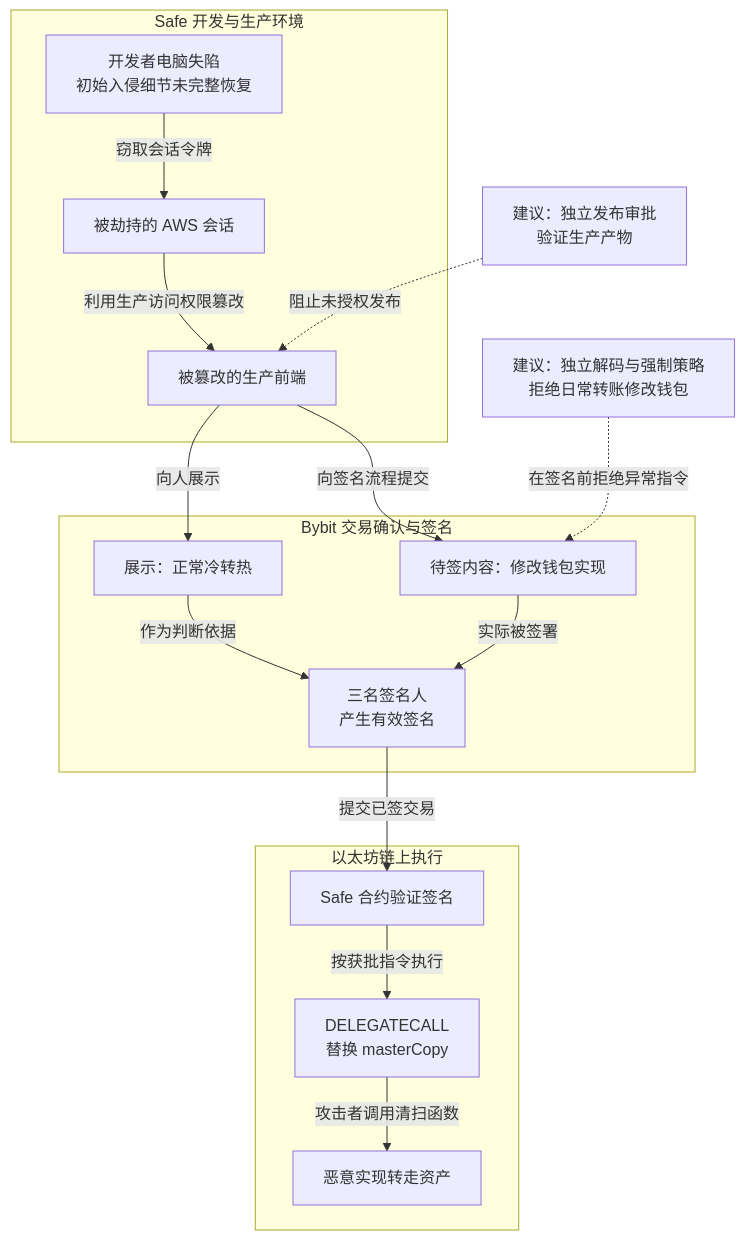
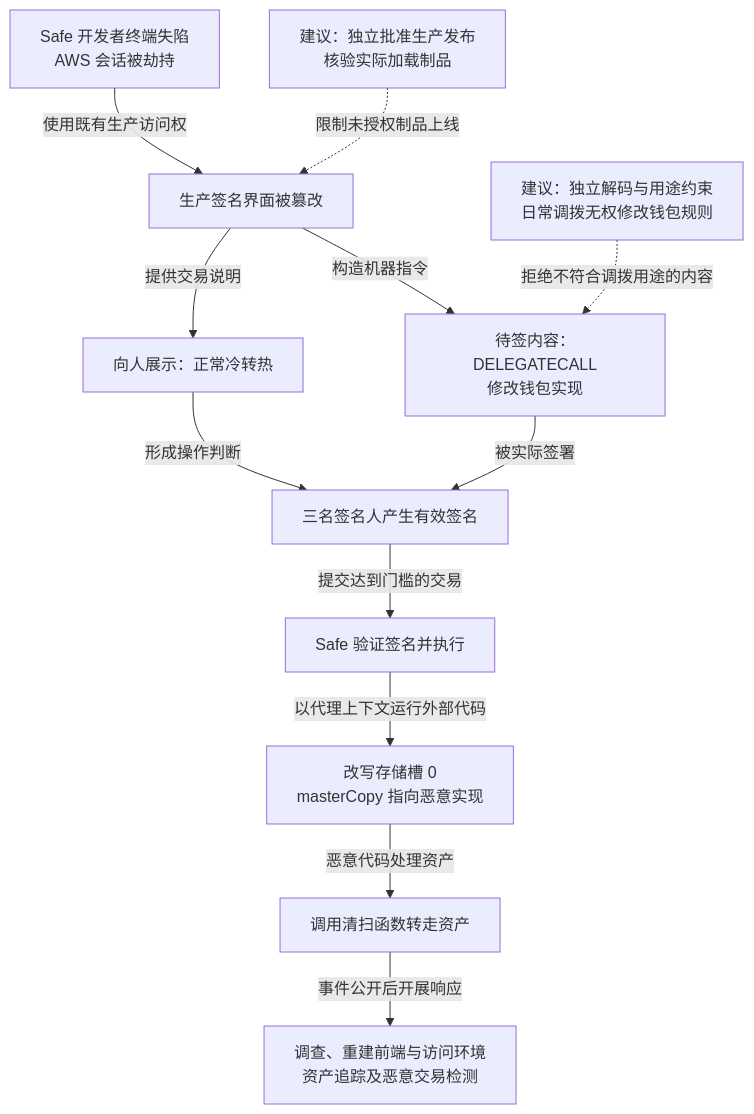
The diagram in docs/01-网络安全/01-网络空间安全/01-安全威胁/01-历史攻击事件/2025-Bybit冷钱包失窃安全事件分析.md (FeeiCN/FEEI.CN), drawn with Mermaid before and after one commit. The commit also changed other lines of this file and 21 other files, not shown here.

````diff
--- a/docs/01-网络安全/01-网络空间安全/01-安全威胁/01-历史攻击事件/2025-Bybit冷钱包失窃安全事件分析.md
+++ b/docs/01-网络安全/01-网络空间安全/01-安全威胁/01-历史攻击事件/2025-Bybit冷钱包失窃安全事件分析.md
@@ -40,35 +51,30 @@
 ```mermaid
 flowchart TB
-  accTitle: Bybit 冷钱包事件：网页篡改如何通过合法签名改变钱包控制权
-  accDescr: 攻击者控制 Safe 开发者电脑并劫持 AWS 会话，篡改生产前端。网页展示正常转账，却提交修改钱包实现的指令。三名签名人批准后，Safe 合约验证签名并执行实现变更，攻击者随后转走资产。建议的发布约束与独立交易检查分别作用于前端发布和签名前，初始入侵方式仍有未恢复细节。
-  subgraph supplier["Safe 开发与生产环境"]
-    device["开发者电脑失陷<br/>初始入侵细节未完整恢复"]
-    session["被劫持的 AWS 会话"]
-    web["被篡改的生产前端"]
-    device -->|窃取会话令牌| session
-    session -->|利用生产访问权限篡改| web
-  end
-  subgraph signing["Bybit 交易确认与签名"]
-    shown["展示：正常冷转热"]
-    payload["待签内容：修改钱包实现"]
-    signers["三名签名人<br/>产生有效签名"]
-    web -->|向人展示| shown
-    web -->|向签名流程提交| payload
-    shown -->|作为判断依据| signers
-    payload -->|实际被签署| signers
-  end
-  subgraph onchain["以太坊链上执行"]
-    safe["Safe 合约验证签名"]
-    change["DELEGATECALL<br/>替换 masterCopy"]
-    loss["恶意实现转走资产"]
-    signers -->|提交已签交易| safe
-    safe -->|按获批指令执行| change
-    change -->|攻击者调用清扫函数| loss
-  end
-  release["建议：独立发布审批<br/>验证生产产物"]
-  policy["建议：独立解码与强制策略<br/>拒绝日常转账修改钱包"]
-  release -. 阻止未授权发布 .-> web
-  policy -. 在签名前拒绝异常指令 .-> payload
-  class web,payload,change,loss main
-  class release,policy response
+  accTitle: 三份有效签名如何批准了错误的钱包操作
+  accDescr: Safe 开发者终端和云会话失陷后，生产前端被篡改，展示正常调拨而提交恶意调用。合法多签通过后，DELEGATECALL 修改代理实现，再转走资产。调查后重建上游环境；虚线为建议阻断位置。
+  developer["Safe 开发者终端失陷<br/>AWS 会话被劫持"]
+  frontend["生产签名界面被篡改"]
+  shown["向人展示：正常冷转热"]
+  payload["待签内容：DELEGATECALL<br/>修改钱包实现"]
+  signers["三名签名人产生有效签名"]
+  safe["Safe 验证签名并执行"]
+  implementation["改写存储槽 0<br/>masterCopy 指向恶意实现"]
+  loss["调用清扫函数转走资产"]
+  response["调查、重建前端与访问环境<br/>资产追踪及恶意交易检测"]
+  releaseControl["建议：独立批准生产发布<br/>核验实际加载制品"]
+  signingControl["建议：独立解码与用途约束<br/>日常调拨无权修改钱包规则"]
+  developer -->|使用既有生产访问权| frontend
+  frontend -->|提供交易说明| shown
+  frontend -->|构造机器指令| payload
+  shown -->|形成操作判断| signers
+  payload -->|被实际签署| signers
+  signers -->|提交达到门槛的交易| safe
+  safe -->|以代理上下文运行外部代码| implementation
+  implementation -->|恶意代码处理资产| loss
+  loss -->|事件公开后开展响应| response
+  releaseControl -. 限制未授权制品上线 .-> frontend
+  signingControl -. 拒绝不符合调拨用途的内容 .-> payload
+  class frontend,payload,safe,implementation,loss main
+  class response response
+  class releaseControl,signingControl note
 ```
````
